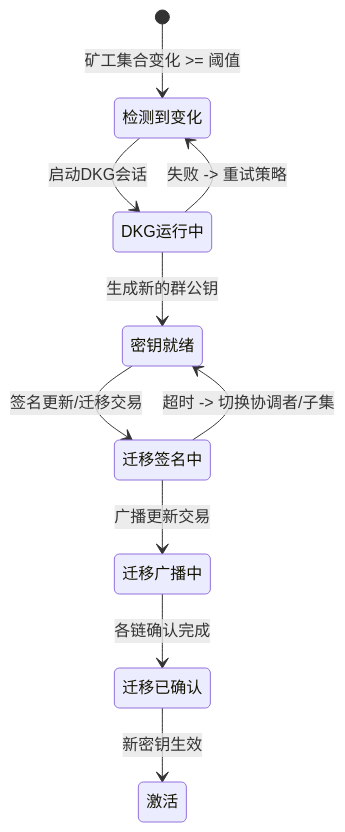
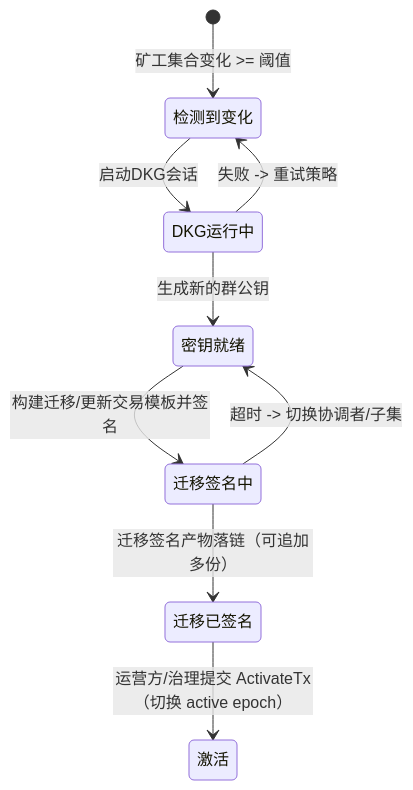
The third of 4 diagrams in frost/design_v2.md (davidLeeeeeeeeeeee/dex), drawn with Mermaid before and after one commit. The commit also changed other lines of this file and 2 other files, not shown here.

````diff
--- a/frost/design_v2.md
+++ b/frost/design_v2.md
@@ -313,12 +319,12 @@
 ```mermaid
 stateDiagram-v2
   [*] --> 检测到变化: 矿工集合变化 >= 阈值
   检测到变化 --> DKG运行中: 启动DKG会话
   DKG运行中 --> 密钥就绪: 生成新的群公钥
-  密钥就绪 --> 迁移签名中: 签名更新/迁移交易
-  迁移签名中 --> 迁移广播中: 广播更新交易
-  迁移广播中 --> 迁移已确认: 各链确认完成
-  迁移已确认 --> 激活: 新密钥生效
+  密钥就绪 --> 迁移签名中: 构建迁移/更新交易模板并签名
+  迁移签名中 --> 迁移已签名: 迁移签名产物落链（可追加多份）
+  迁移已签名 --> 激活: 运营方/治理提交 ActivateTx（切换 active epoch）
+
   DKG运行中 --> 检测到变化: 失败 -> 重试策略
   迁移签名中 --> 密钥就绪: 超时 -> 切换协调者/子集
 ```
````
